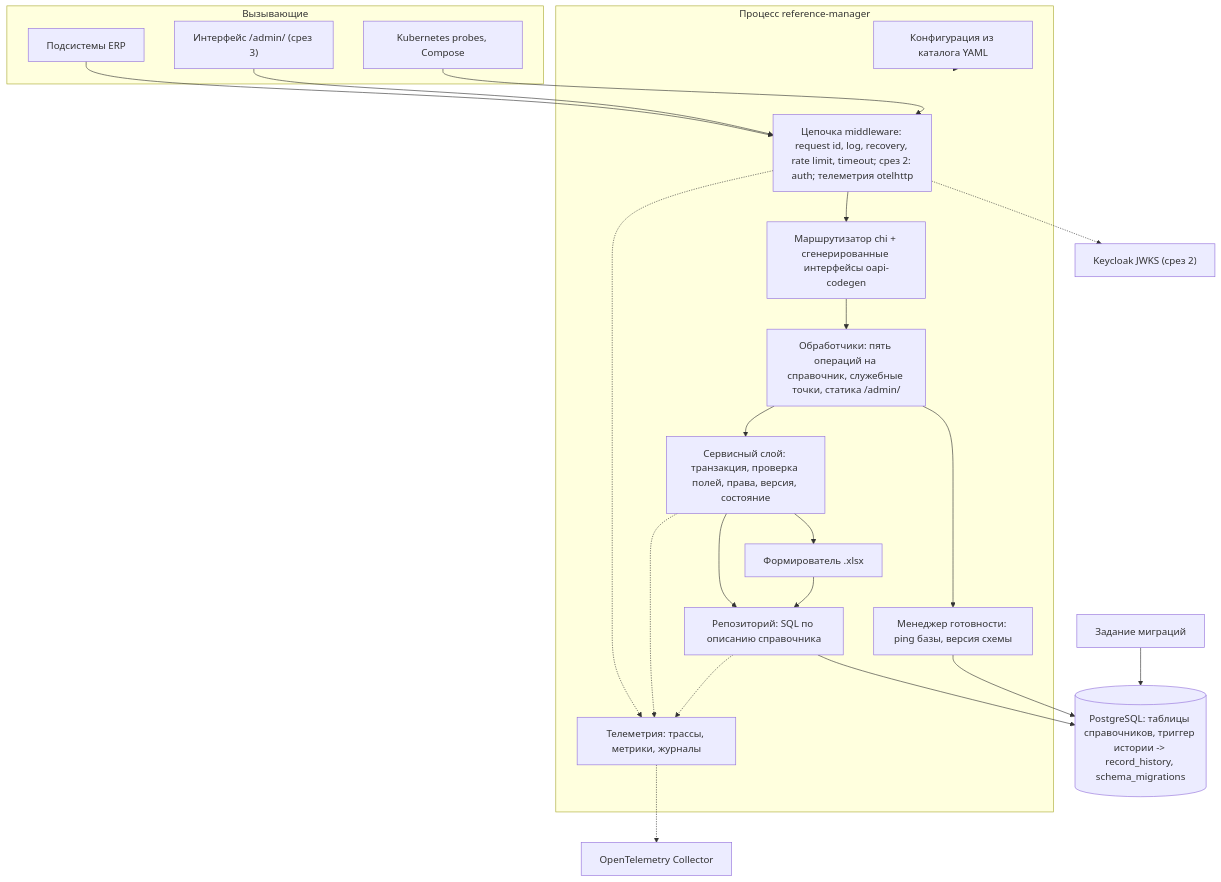
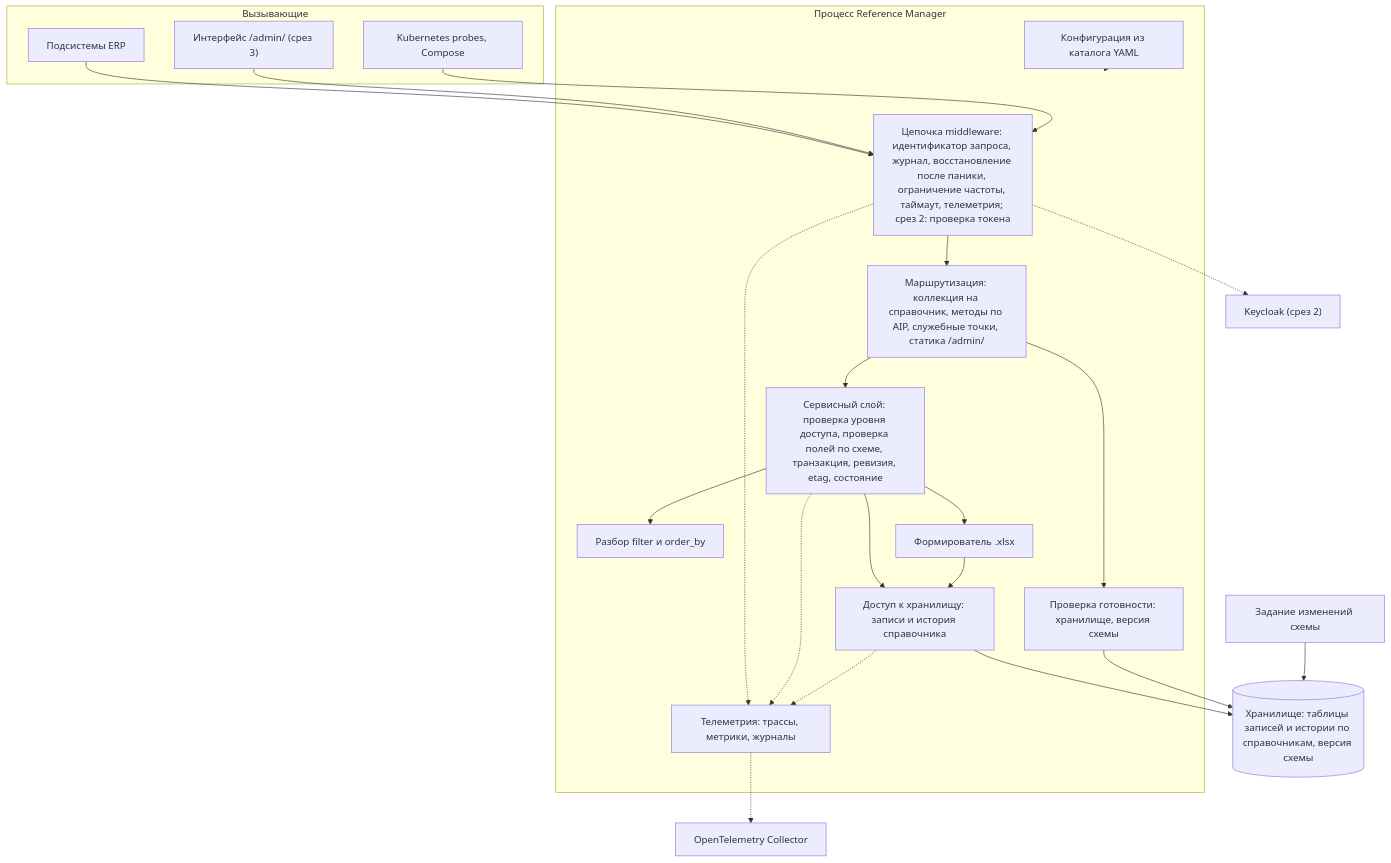
One commit to MEPhI-C22-501/arch-info-system-monorepo changed the diagram in reference-manager/docs/block-h-architecture-and-logic/146.logic-scheme.md. Above: the diagram before and after it, drawn with Mermaid. The commit also changed other lines of this file and 30 other files, not shown here.

````diff
--- a/reference-manager/docs/block-h-architecture-and-logic/146.logic-scheme.md
+++ b/reference-manager/docs/block-h-architecture-and-logic/146.logic-scheme.md
@@ -12,44 +12,44 @@
 ```mermaid
 flowchart TB
     subgraph Clients["Вызывающие"]
         C1["Подсистемы ERP"]
         C2["Интерфейс /admin/ (срез 3)"]
         C3["Kubernetes probes, Compose"]
     end
 
-    subgraph Proc["Процесс reference-manager"]
-        MW["Цепочка middleware: request id, log, recovery, rate limit, timeout; срез 2: auth; телеметрия otelhttp"]
-        RT["Маршрутизатор chi + сгенерированные интерфейсы oapi-codegen"]
-        H["Обработчики: пять операций на справочник, служебные точки, статика /admin/"]
-        SVC["Сервисный слой: транзакция, проверка полей, права, версия, состояние"]
+    subgraph Proc["Процесс Reference Manager"]
+        MW["Цепочка middleware: идентификатор запроса, журнал, восстановление после паники, ограничение частоты, таймаут, телеметрия; срез 2: проверка токена"]
+        RT["Маршрутизация: коллекция на справочник, методы по AIP, служебные точки, статика /admin/"]
+        SVC["Сервисный слой: проверка уровня доступа, проверка полей по схеме, транзакция, ревизия, etag, состояние"]
+        FLT["Разбор filter и order_by"]
         EXP["Формирователь .xlsx"]
-        REPO["Репозиторий: SQL по описанию справочника"]
-        RDY["Менеджер готовности: ping базы, версия схемы"]
+        REPO["Доступ к хранилищу: записи и история справочника"]
+        RDY["Проверка готовности: хранилище, версия схемы"]
         TEL["Телеметрия: трассы, метрики, журналы"]
         CFG["Конфигурация из каталога YAML"]
     end
 
-    DB[("PostgreSQL: таблицы справочников, триггер истории -> record_history, schema_migrations")]
+    DB[("Хранилище: таблицы записей и истории по справочникам, версия схемы")]
     OT["OpenTelemetry Collector"]
-    KC["Keycloak JWKS (срез 2)"]
-    JOB["Задание миграций"]
+    KC["Keycloak (срез 2)"]
+    JOB["Задание изменений схемы"]
 
     C1 --> MW
     C2 --> MW
     C3 --> MW
-    MW --> RT --> H
-    H --> SVC
-    H --> RDY
+    MW --> RT --> SVC
+    RT --> RDY
+    SVC --> FLT
     SVC --> REPO
     SVC --> EXP
     EXP --> REPO
     REPO --> DB
     RDY --> DB
     MW -.-> KC
     TEL -.-> OT
     MW -.-> TEL
     SVC -.-> TEL
     REPO -.-> TEL
     CFG --> Proc
     JOB --> DB
 ```
````
